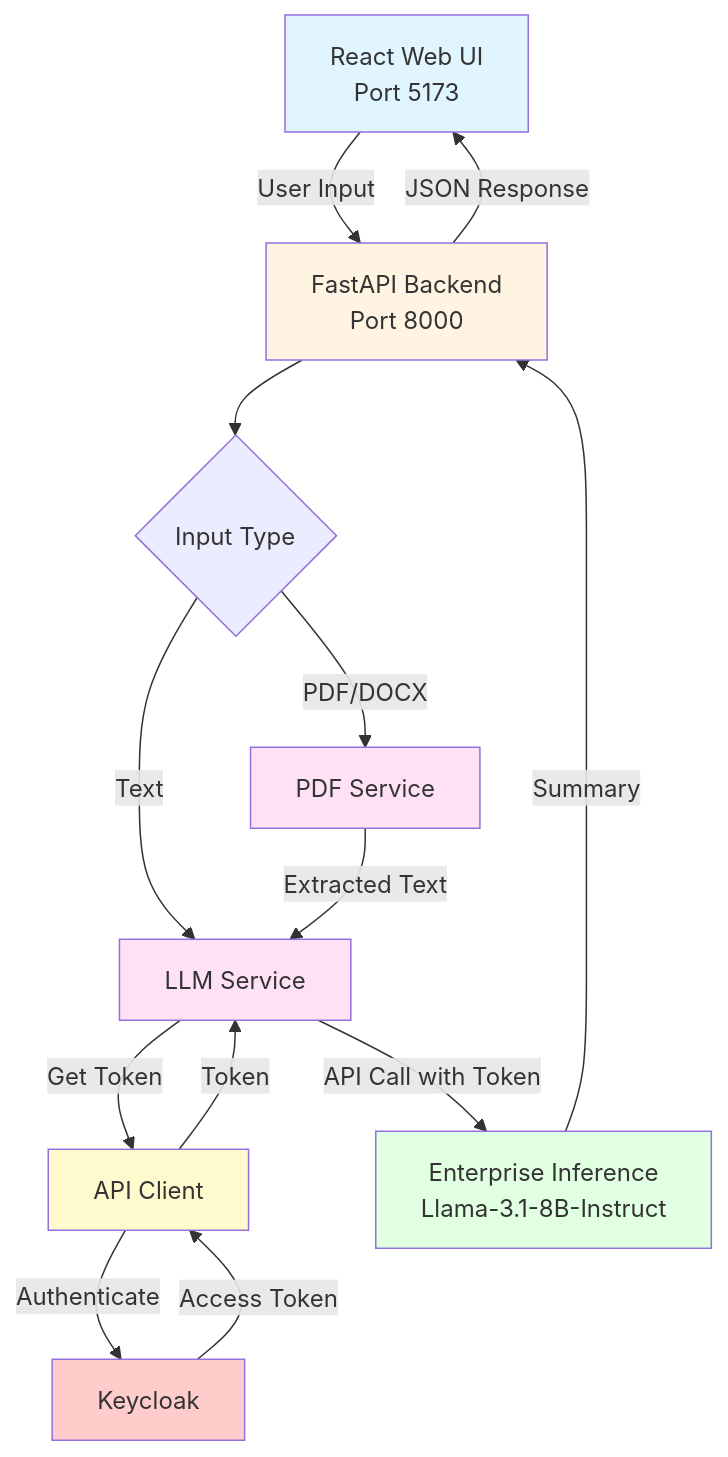
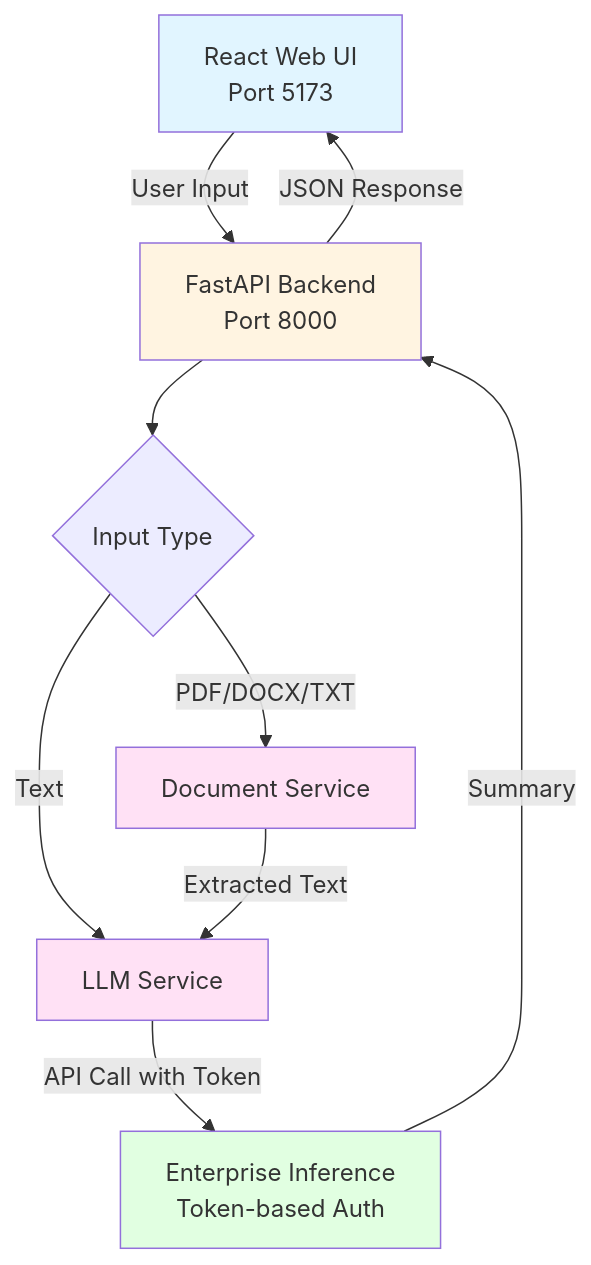
Before and after one commit to opea-project/GenAIExamples: the diagram in DocSummarization/README.MD, drawn with Mermaid. The commit also changed other lines of this file and 11 other files, not shown here.

Commit message:
Update doc-summarization with token-based authentication

````diff
--- a/DocSummarization/README.MD
+++ b/DocSummarization/README.MD
@@ -52,26 +52,20 @@
 ```mermaid
 graph TB
     A[React Web UI<br/>Port 5173] -->|User Input| B[FastAPI Backend<br/>Port 8000]
 
     B --> C{Input Type}
     C -->|Text| D[LLM Service]
-    C -->|PDF/DOCX| E[PDF Service]
+    C -->|PDF/DOCX/TXT| E[Document Service]
 
     E -->|Extracted Text| D
 
-    D -->|Get Token| F[API Client]
-    F -->|Authenticate| G[Keycloak]
-    G -->|Access Token| F
-    F -->|Token| D
-    D -->|API Call with Token| H[Enterprise Inference<br/>Llama-3.1-8B-Instruct]
-    H -->|Summary| B
+    D -->|API Call with Token| F[Enterprise Inference<br/>Token-based Auth]
+    F -->|Summary| B
     B -->|JSON Response| A
 
     style A fill:#e1f5ff
     style B fill:#fff4e1
     style D fill:#ffe1f5
     style E fill:#ffe1f5
-    style F fill:#fffacd
-    style G fill:#ffcccc
-    style H fill:#e1ffe1
+    style F fill:#e1ffe1
 ```
````
